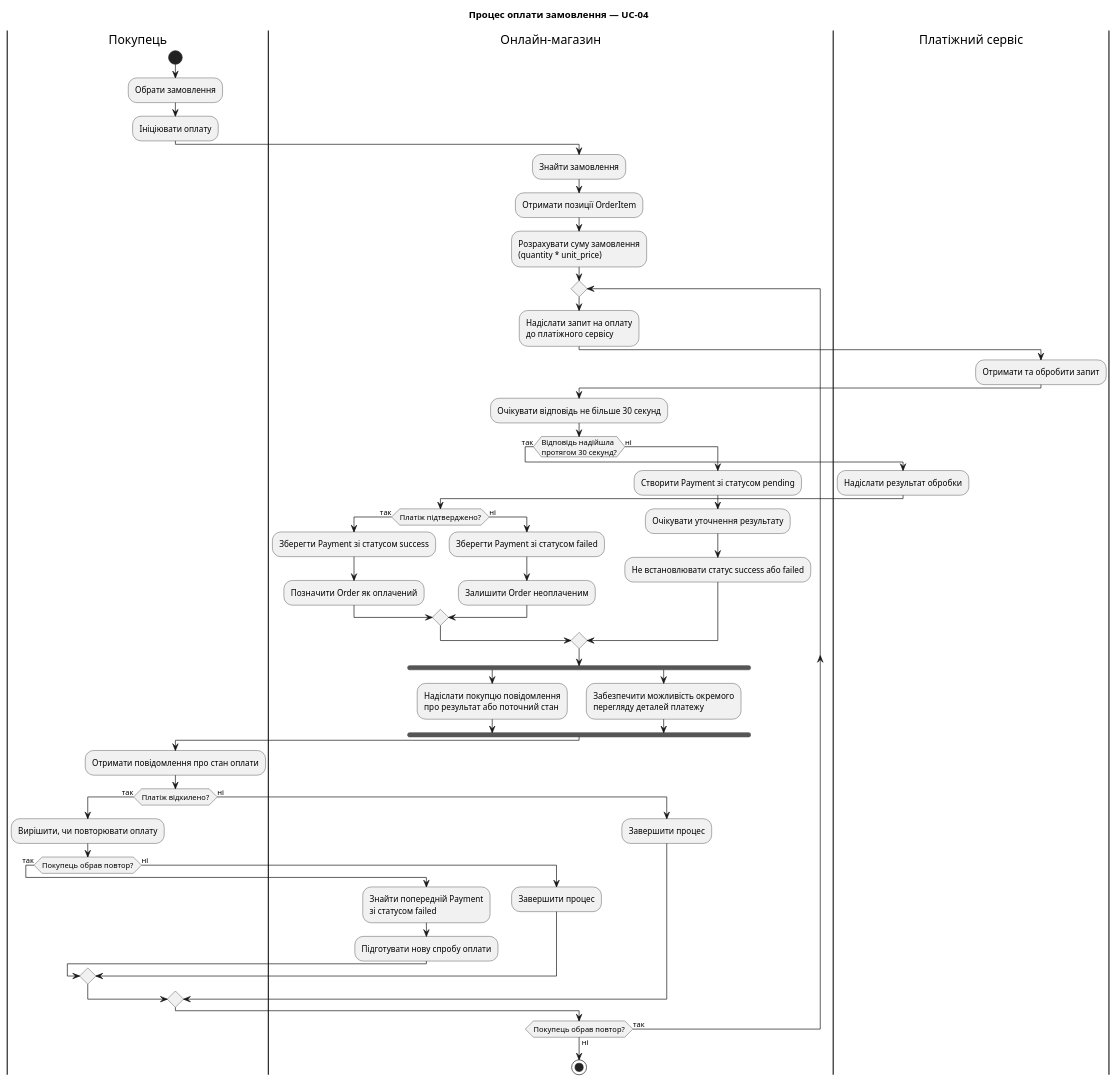
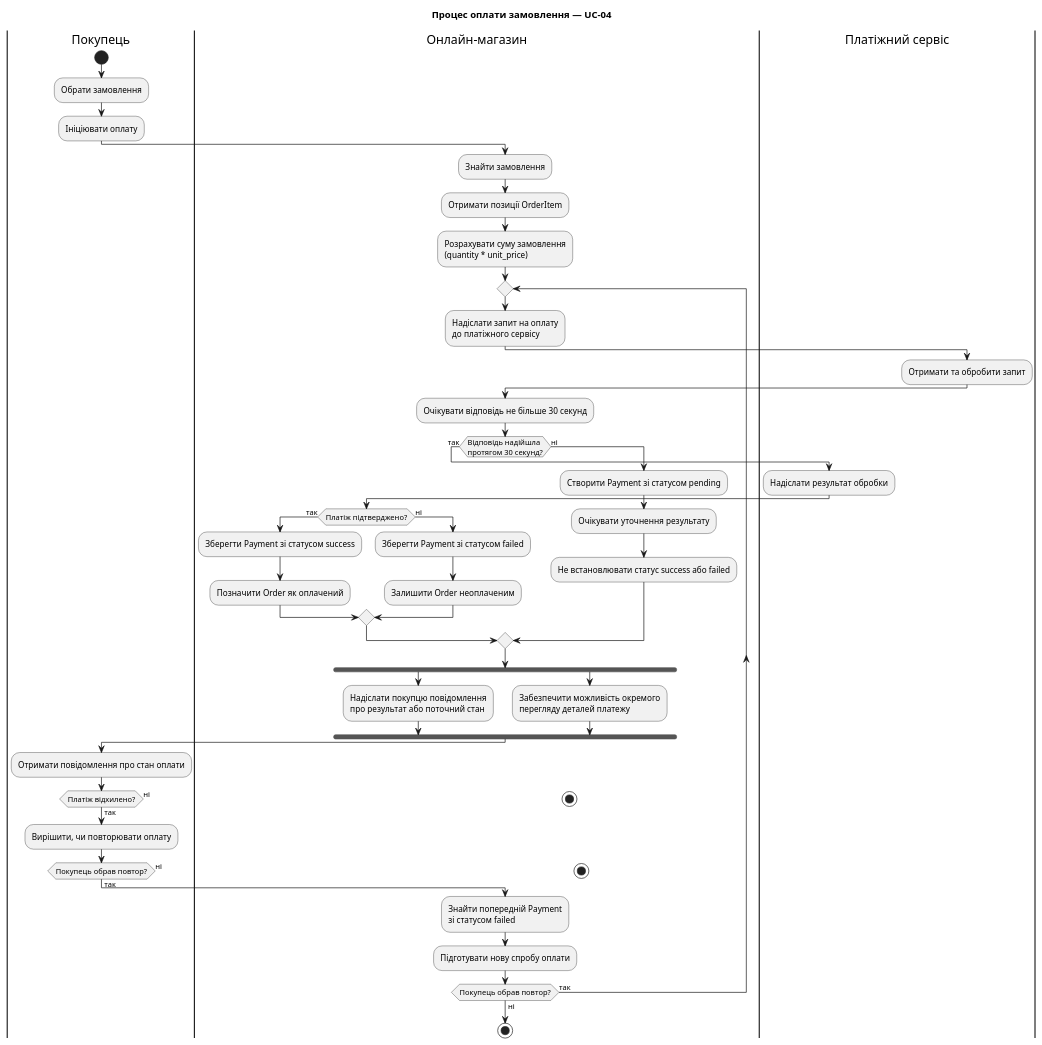
Before and after one commit to denisovatetiana-im-53/kpi: the diagram in lab4/activity-diagram.puml, drawn with PlantUML. The commit also changed 1 other file, not shown here.

```diff
--- a/lab4/activity-diagram.puml
+++ b/lab4/activity-diagram.puml
@@ -1,66 +1,66 @@
 @startuml
 title Процес оплати замовлення — UC-04
 
 |Покупець|
 start
 :Обрати замовлення;
 :Ініціювати оплату;
 
 |Онлайн-магазин|
 :Знайти замовлення;
 :Отримати позиції OrderItem;
 :Розрахувати суму замовлення\n(quantity * unit_price);
 
 repeat
   :Надіслати запит на оплату\nдо платіжного сервісу;
 
   |Платіжний сервіс|
   :Отримати та обробити запит;
 
   |Онлайн-магазин|
   :Очікувати відповідь не більше 30 секунд;
 
   if (Відповідь надійшла\nпротягом 30 секунд?) then (так)
     |Платіжний сервіс|
     :Надіслати результат обробки;
 
     |Онлайн-магазин|
     if (Платіж підтверджено?) then (так)
       :Зберегти Payment зі статусом success;
       :Позначити Order як оплачений;
     else (ні)
       :Зберегти Payment зі статусом failed;
       :Залишити Order неоплаченим;
     endif
   else (ні)
     :Створити Payment зі статусом pending;
     :Очікувати уточнення результату;
     :Не встановлювати статус success або failed;
   endif
 
   fork
     :Надіслати покупцю повідомлення\nпро результат або поточний стан;
   fork again
     :Забезпечити можливість окремого\nперегляду деталей платежу;
   end fork
 
   |Покупець|
   :Отримати повідомлення про стан оплати;
 
-  if (Платіж відхилено?) then (так)
+    if (Платіж відхилено?) then (так)
     :Вирішити, чи повторювати оплату;
     if (Покупець обрав повтор?) then (так)
       |Онлайн-магазин|
       :Знайти попередній Payment\nзі статусом failed;
       :Підготувати нову спробу оплати;
     else (ні)
-      :Завершити процес;
+      stop
     endif
   else (ні)
-    :Завершити процес;
+    stop
   endif
 
 repeat while (Покупець обрав повтор?) is (так) not (ні)
 
 stop
 @enduml
```
